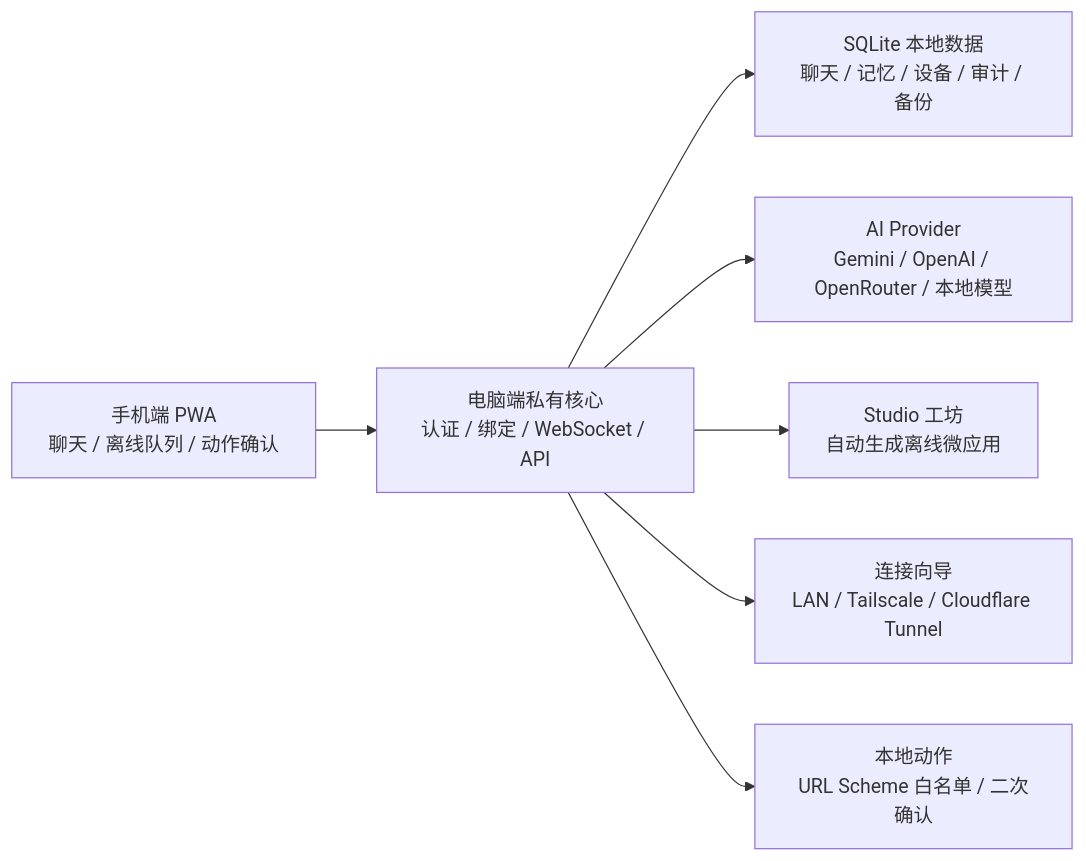
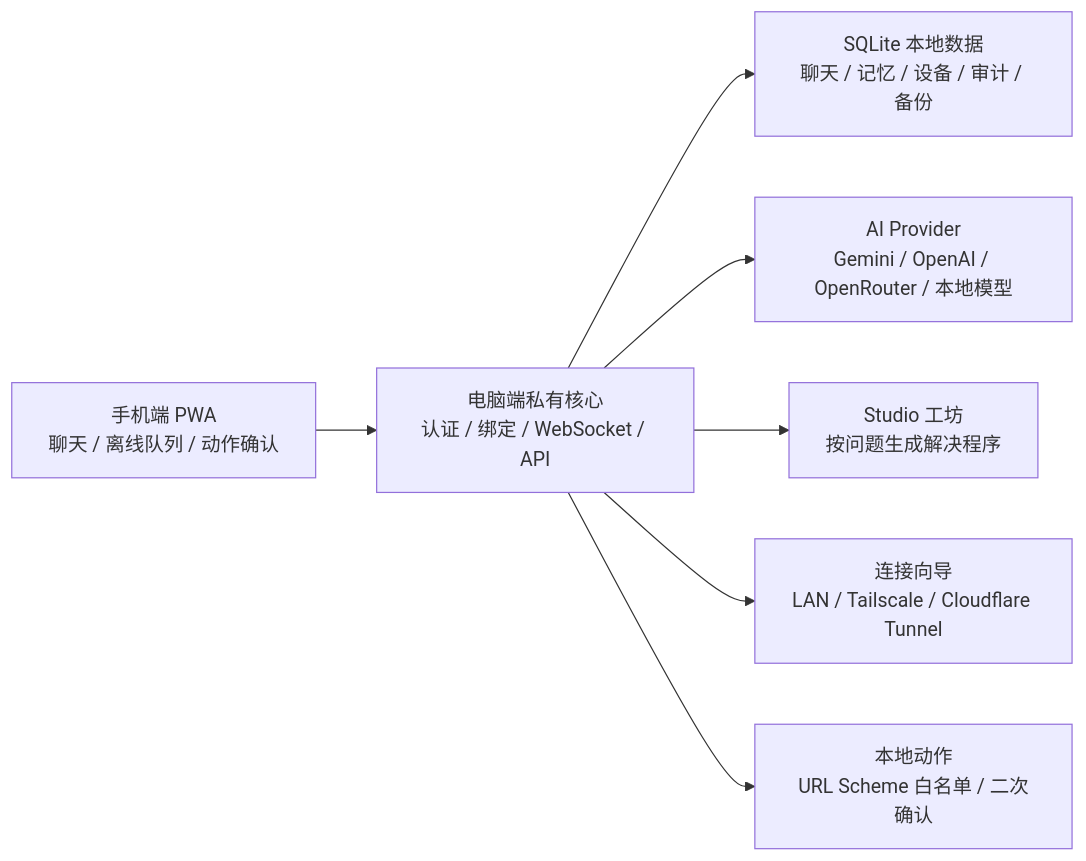
One commit to WGJ-Fry/lifeos-ai changed the diagram in README.md. Above: the diagram before and after it, drawn with Mermaid. The commit also changed other lines of this file and 3 other files, not shown here.

````diff
--- a/README.md
+++ b/README.md
@@ -130,9 +130,9 @@
 ```mermaid
 flowchart LR
   Phone["手机端 PWA<br/>聊天 / 离线队列 / 动作确认"] --> Core["电脑端私有核心<br/>认证 / 绑定 / WebSocket / API"]
   Core --> Data["SQLite 本地数据<br/>聊天 / 记忆 / 设备 / 审计 / 备份"]
   Core --> AI["AI Provider<br/>Gemini / OpenAI / OpenRouter / 本地模型"]
-  Core --> Studio["Studio 工坊<br/>自动生成离线微应用"]
+  Core --> Studio["Studio 工坊<br/>按问题生成解决程序"]
   Core --> Network["连接向导<br/>LAN / Tailscale / Cloudflare Tunnel"]
   Core --> Actions["本地动作<br/>URL Scheme 白名单 / 二次确认"]
 ```
````
